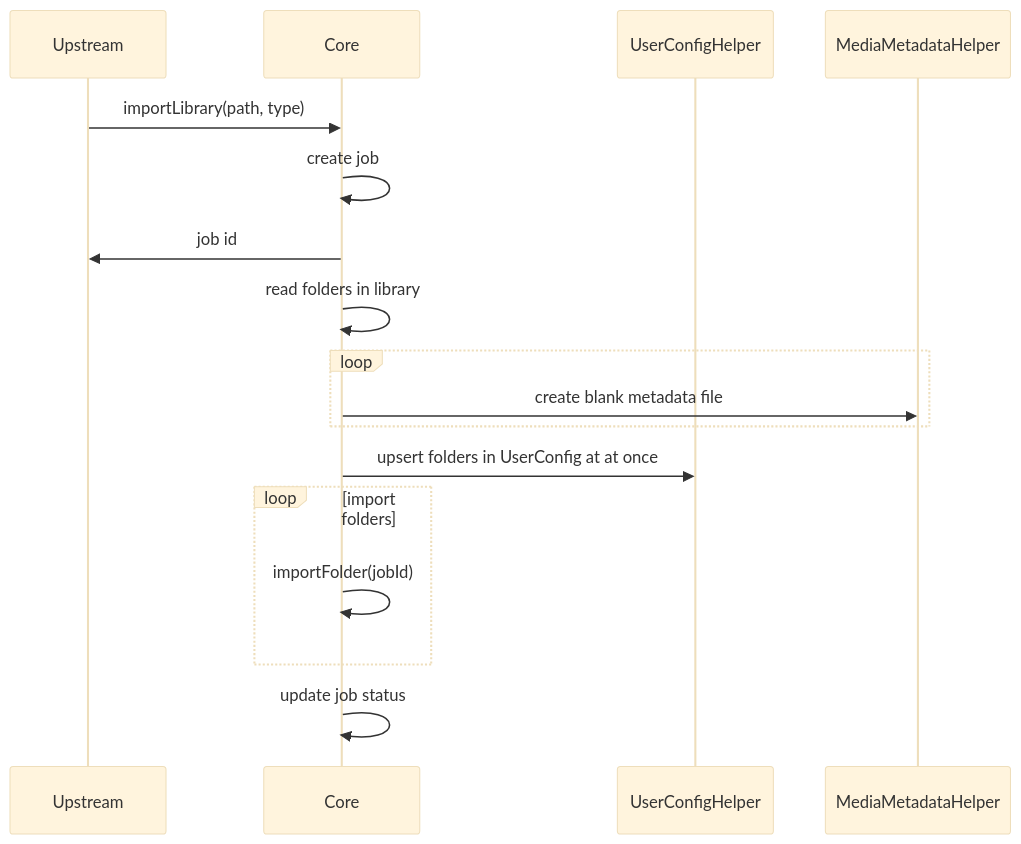
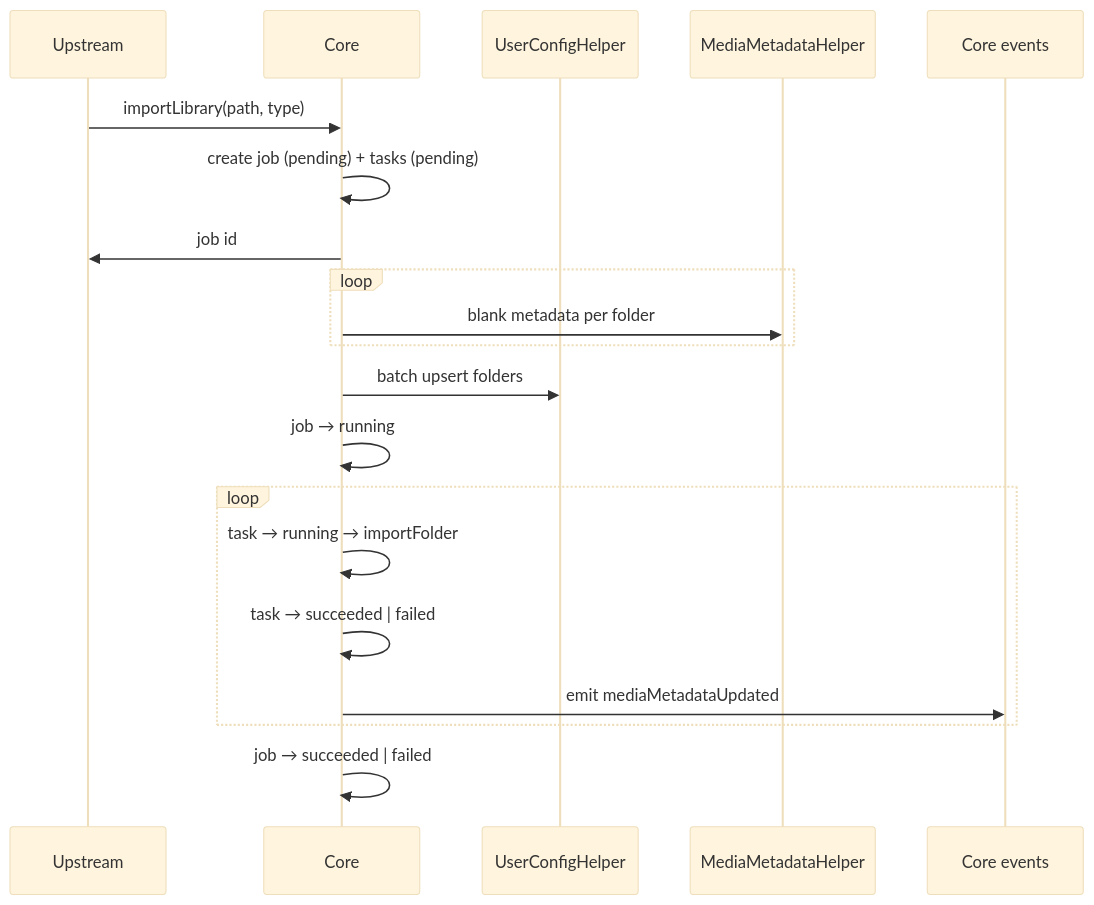
One commit to lawrenceching/SMM changed the first of 2 diagrams in docs/dev/import-library.md. Above: the diagram before and after it, drawn with Mermaid (base theme). The commit also changed other lines of this file and 28 other files, not shown here.

First line of the commit message:
feat: import-library per-folder tasks with live UI metadata refresh

````diff
--- a/docs/dev/import-library.md
+++ b/docs/dev/import-library.md
@@ -10,20 +10,23 @@
 ```mermaid
 sequenceDiagram
   participant U as Upstream
   participant C as Core
   participant UC as UserConfigHelper
   participant M as MediaMetadataHelper
+  participant E as Core events
 
   U->>C: importLibrary(path, type)
-  C->>C: create job
+  C->>C: create job (pending) + tasks (pending)
   C->>U: job id
-  C->>C: read folders in library
-  loop #1: for each folder
-    C->>M: create blank metadata file
+  loop #1 prep
+    C->>M: blank metadata per folder
   end
-  C->>UC: upsert folders in UserConfig at at once
-  loop import folders
-    C->>C: importFolder(jobId)
+  C->>UC: batch upsert folders
+  C->>C: job → running
+  loop #2 import each folder
+    C->>C: task → running → importFolder
+    C->>C: task → succeeded | failed
+    C->>E: emit mediaMetadataUpdated
   end
-  C->>C: update job status
+  C->>C: job → succeeded | failed
 ```
````
